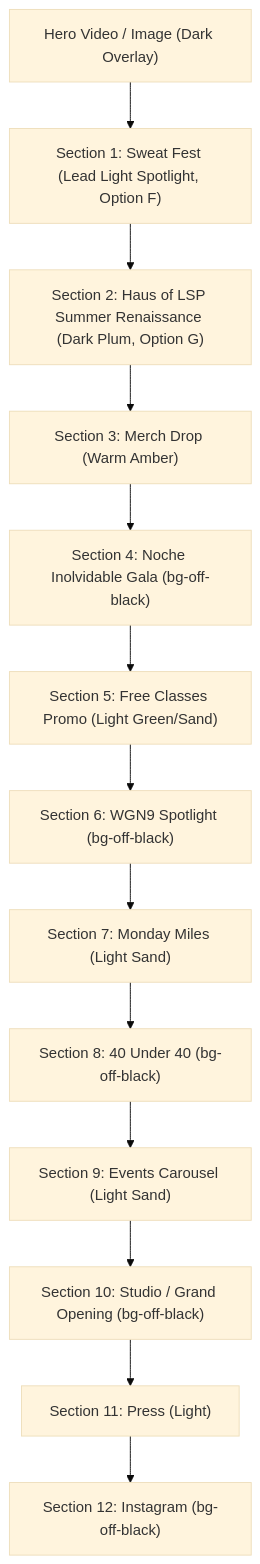
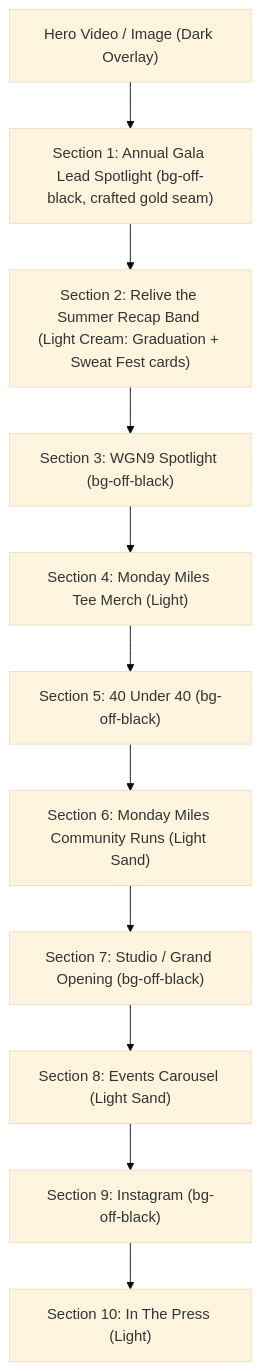
The first of 3 diagrams in design.md (awaisqazi/latinasweatproject), drawn with Mermaid (base theme) before and after one commit. The commit also changed other lines of this file and 8 other files, not shown here.

First line of the commit message:
Gala takes the lead: homepage, events, schedule, and links refresh

````diff
--- a/design.md
+++ b/design.md
@@ -34,15 +34,13 @@
 ```mermaid
 graph TD
-    Hero["Hero Video / Image (Dark Overlay)"] --> Sec1["Section 1: Sweat Fest (Lead Light Spotlight, Option F)"]
-    Sec1 --> Sec2["Section 2: Haus of LSP Summer Renaissance (Dark Plum, Option G)"]
-    Sec2 --> Sec3["Section 3: Merch Drop (Warm Amber)"]
-    Sec3 --> Sec4["Section 4: Noche Inolvidable Gala (bg-off-black)"]
-    Sec4 --> Sec5["Section 5: Free Classes Promo (Light Green/Sand)"]
-    Sec5 --> Sec6["Section 6: WGN9 Spotlight (bg-off-black)"]
-    Sec6 --> Sec7["Section 7: Monday Miles (Light Sand)"]
-    Sec7 --> Sec8["Section 8: 40 Under 40 (bg-off-black)"]
-    Sec8 --> Sec9["Section 9: Events Carousel (Light Sand)"]
-    Sec9 --> Sec10["Section 10: Studio / Grand Opening (bg-off-black)"]
-    Sec10 --> Sec11["Section 11: Press (Light)"]
-    Sec11 --> Sec12["Section 12: Instagram (bg-off-black)"]
+    Hero["Hero Video / Image (Dark Overlay)"] --> Sec1["Section 1: Annual Gala Lead Spotlight (bg-off-black, crafted gold seam)"]
+    Sec1 --> Sec2["Section 2: Relive the Summer Recap Band (Light Cream: Graduation + Sweat Fest cards)"]
+    Sec2 --> Sec3["Section 3: WGN9 Spotlight (bg-off-black)"]
+    Sec3 --> Sec4["Section 4: Monday Miles Tee Merch (Light)"]
+    Sec4 --> Sec5["Section 5: 40 Under 40 (bg-off-black)"]
+    Sec5 --> Sec6["Section 6: Monday Miles Community Runs (Light Sand)"]
+    Sec6 --> Sec7["Section 7: Studio / Grand Opening (bg-off-black)"]
+    Sec7 --> Sec8["Section 8: Events Carousel (Light Sand)"]
+    Sec8 --> Sec9["Section 9: Instagram (bg-off-black)"]
+    Sec9 --> Sec10["Section 10: In The Press (Light)"]
 ```
````
